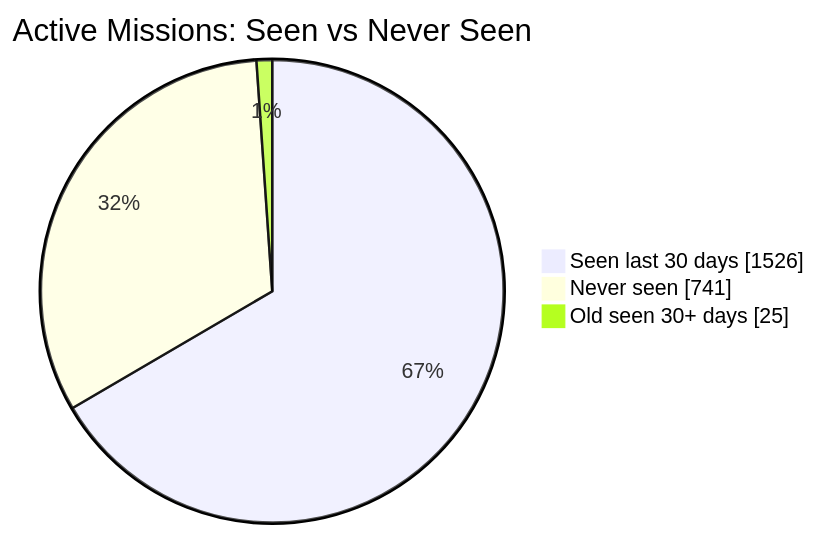
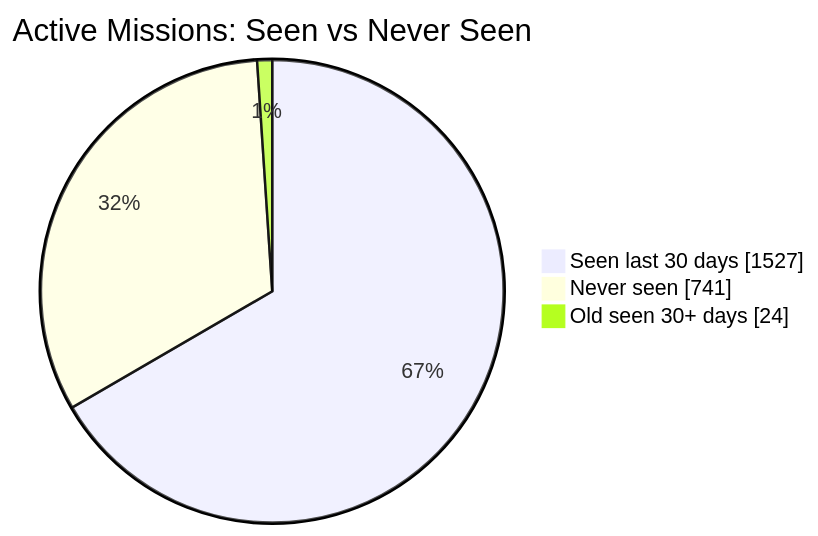
Before and after one commit to MeldkamerspelGameTeam/active-missions: the first of 2 diagrams in README.md, drawn with Mermaid. The commit also changed other lines of this file and 3 other files, not shown here.

````diff
--- a/README.md
+++ b/README.md
@@ -34,7 +34,7 @@
 ```mermaid
 pie showData
     title Active Missions: Seen vs Never Seen
-    "Seen last 30 days" : 1526
+    "Seen last 30 days" : 1527
     "Never seen" : 741
-    "Old seen 30+ days" : 25
+    "Old seen 30+ days" : 24
 ```
````
